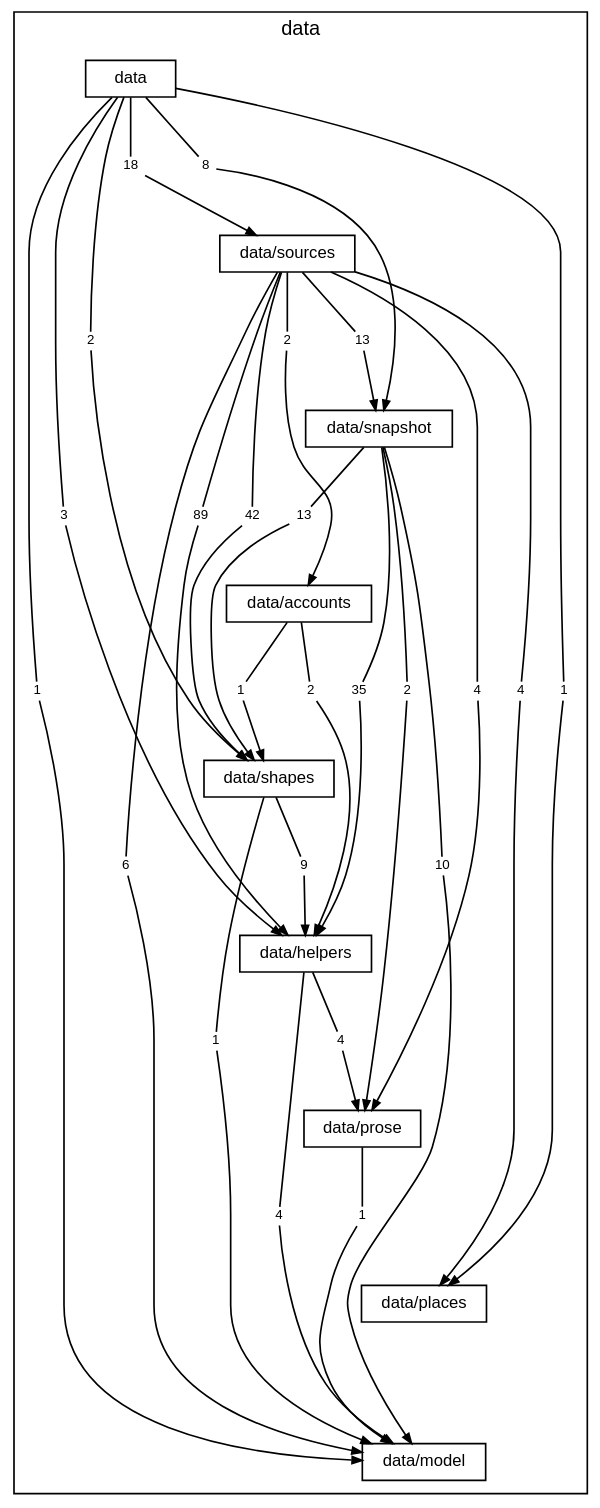
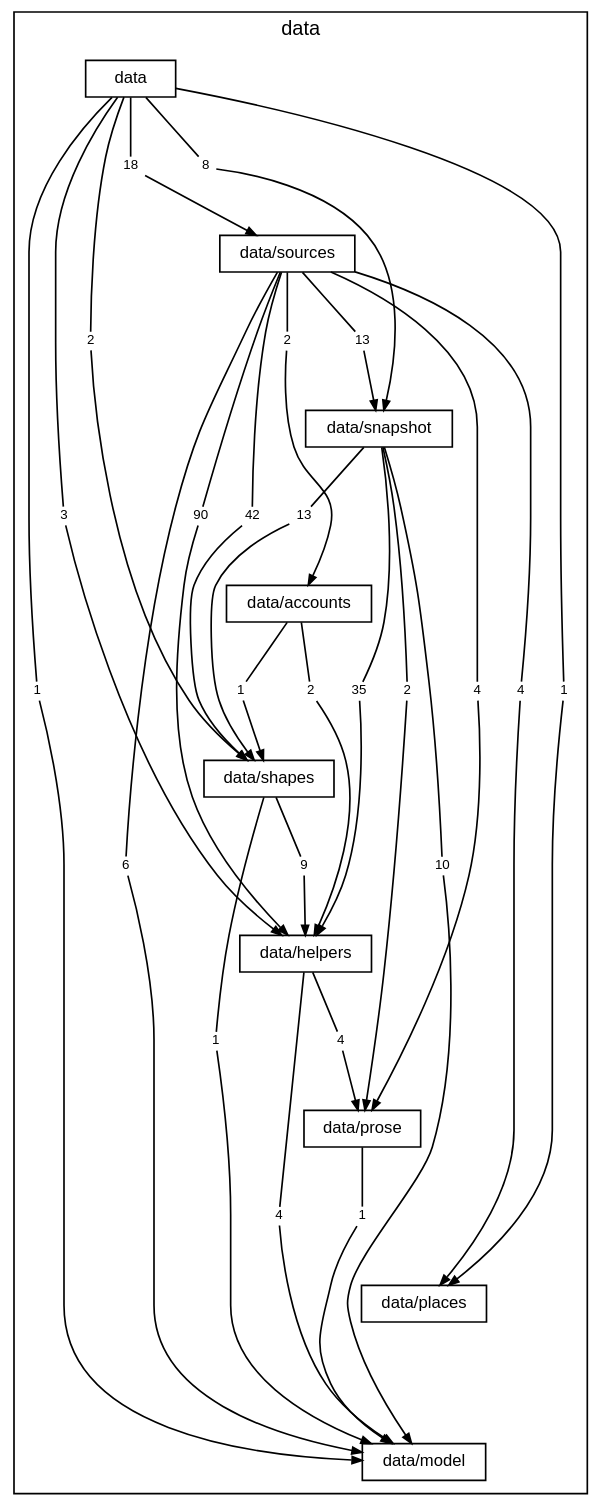
Before and after one commit to TheAxeC/oculus: the diagram in docs/diagrams/layer-data.dot, drawn with Graphviz. The commit also changed 87 other files, not shown here.

```diff
--- a/docs/diagrams/layer-data.dot
+++ b/docs/diagrams/layer-data.dot
@@ -1,97 +1,97 @@
 digraph layer_data {
     graph [bgcolor="transparent", rankdir=TB, newrank=true, mclimit=4, fontname="Helvetica", fontsize=12, nodesep=0.2, ranksep=0.5];
     node [shape=box, color="black", fontcolor="black", fontname="Helvetica", fontsize=10, height=0.3, margin="0.12,0.04"];
     edge [color="black", fontcolor="black", fontname="Helvetica", fontsize=8, arrowsize=0.6];
     subgraph "cluster_data" {
         label="data"; style=solid;
         "folder data" [label="data"];
         "folder data/sources" [label="data/sources"];
         "folder data/snapshot" [label="data/snapshot"];
         "folder data/accounts" [label="data/accounts"];
         "folder data/shapes" [label="data/shapes"];
         "folder data/helpers" [label="data/helpers"];
         "folder data/prose" [label="data/prose"];
         "folder data/places" [label="data/places"];
         "folder data/model" [label="data/model"];
         "folder data to folder data/helpers" [label="3", shape=box, color="transparent", fontsize=8, width=0, height=0, margin="0.04,0.02"];
         "folder data to folder data/model" [label="1", shape=box, color="transparent", fontsize=8, width=0, height=0, margin="0.04,0.02"];
         "folder data to folder data/places" [label="1", shape=box, color="transparent", fontsize=8, width=0, height=0, margin="0.04,0.02"];
         "folder data to folder data/shapes" [label="2", shape=box, color="transparent", fontsize=8, width=0, height=0, margin="0.04,0.02"];
         "folder data to folder data/snapshot" [label="8", shape=box, color="transparent", fontsize=8, width=0, height=0, margin="0.04,0.02"];
         "folder data to folder data/sources" [label="18", shape=box, color="transparent", fontsize=8, width=0, height=0, margin="0.04,0.02"];
         "folder data/sources to folder data/accounts" [label="2", shape=box, color="transparent", fontsize=8, width=0, height=0, margin="0.04,0.02"];
-        "folder data/sources to folder data/helpers" [label="89", shape=box, color="transparent", fontsize=8, width=0, height=0, margin="0.04,0.02"];
+        "folder data/sources to folder data/helpers" [label="90", shape=box, color="transparent", fontsize=8, width=0, height=0, margin="0.04,0.02"];
         "folder data/sources to folder data/model" [label="6", shape=box, color="transparent", fontsize=8, width=0, height=0, margin="0.04,0.02"];
         "folder data/sources to folder data/places" [label="4", shape=box, color="transparent", fontsize=8, width=0, height=0, margin="0.04,0.02"];
         "folder data/sources to folder data/prose" [label="4", shape=box, color="transparent", fontsize=8, width=0, height=0, margin="0.04,0.02"];
         "folder data/sources to folder data/shapes" [label="42", shape=box, color="transparent", fontsize=8, width=0, height=0, margin="0.04,0.02"];
         "folder data/sources to folder data/snapshot" [label="13", shape=box, color="transparent", fontsize=8, width=0, height=0, margin="0.04,0.02"];
         "folder data/snapshot to folder data/helpers" [label="35", shape=box, color="transparent", fontsize=8, width=0, height=0, margin="0.04,0.02"];
         "folder data/snapshot to folder data/model" [label="10", shape=box, color="transparent", fontsize=8, width=0, height=0, margin="0.04,0.02"];
         "folder data/snapshot to folder data/prose" [label="2", shape=box, color="transparent", fontsize=8, width=0, height=0, margin="0.04,0.02"];
         "folder data/snapshot to folder data/shapes" [label="13", shape=box, color="transparent", fontsize=8, width=0, height=0, margin="0.04,0.02"];
         "folder data/accounts to folder data/helpers" [label="2", shape=box, color="transparent", fontsize=8, width=0, height=0, margin="0.04,0.02"];
         "folder data/accounts to folder data/shapes" [label="1", shape=box, color="transparent", fontsize=8, width=0, height=0, margin="0.04,0.02"];
         "folder data/shapes to folder data/helpers" [label="9", shape=box, color="transparent", fontsize=8, width=0, height=0, margin="0.04,0.02"];
         "folder data/shapes to folder data/model" [label="1", shape=box, color="transparent", fontsize=8, width=0, height=0, margin="0.04,0.02"];
         "folder data/helpers to folder data/model" [label="4", shape=box, color="transparent", fontsize=8, width=0, height=0, margin="0.04,0.02"];
         "folder data/helpers to folder data/prose" [label="4", shape=box, color="transparent", fontsize=8, width=0, height=0, margin="0.04,0.02"];
         "folder data/prose to folder data/model" [label="1", shape=box, color="transparent", fontsize=8, width=0, height=0, margin="0.04,0.02"];
     }
     "folder data" -> "folder data/sources" [style=invis, weight=10, minlen=2];
     "folder data/sources" -> "folder data/snapshot" [style=invis, weight=10, minlen=2];
     "folder data/snapshot" -> "folder data/accounts" [style=invis, weight=10, minlen=2];
     "folder data/accounts" -> "folder data/shapes" [style=invis, weight=10, minlen=2];
     "folder data/shapes" -> "folder data/helpers" [style=invis, weight=10, minlen=2];
     "folder data/helpers" -> "folder data/prose" [style=invis, weight=10, minlen=2];
     "folder data/prose" -> "folder data/places" [style=invis, weight=10, minlen=2];
     "folder data/places" -> "folder data/model" [style=invis, weight=10, minlen=2];
     "folder data" -> "folder data to folder data/helpers" [arrowhead=none, minlen=5, weight=10];
     "folder data to folder data/helpers" -> "folder data/helpers" [];
     "folder data" -> "folder data to folder data/model" [arrowhead=none, minlen=7, weight=10];
     "folder data to folder data/model" -> "folder data/model" [];
     "folder data" -> "folder data to folder data/places" [arrowhead=none, minlen=7, weight=10];
     "folder data to folder data/places" -> "folder data/places" [];
     "folder data" -> "folder data to folder data/shapes" [arrowhead=none, minlen=3, weight=10];
     "folder data to folder data/shapes" -> "folder data/shapes" [];
     "folder data" -> "folder data to folder data/snapshot" [arrowhead=none, minlen=1, weight=10];
     "folder data to folder data/snapshot" -> "folder data/snapshot" [];
     "folder data" -> "folder data to folder data/sources" [arrowhead=none, minlen=1, weight=10];
     "folder data to folder data/sources" -> "folder data/sources" [];
     "folder data/sources" -> "folder data/sources to folder data/accounts" [arrowhead=none, minlen=1, weight=10];
     "folder data/sources to folder data/accounts" -> "folder data/accounts" [];
     "folder data/sources" -> "folder data/sources to folder data/helpers" [arrowhead=none, minlen=3, weight=10];
     "folder data/sources to folder data/helpers" -> "folder data/helpers" [];
     "folder data/sources" -> "folder data/sources to folder data/model" [arrowhead=none, minlen=7, weight=10];
     "folder data/sources to folder data/model" -> "folder data/model" [];
     "folder data/sources" -> "folder data/sources to folder data/places" [arrowhead=none, minlen=5, weight=10];
     "folder data/sources to folder data/places" -> "folder data/places" [];
     "folder data/sources" -> "folder data/sources to folder data/prose" [arrowhead=none, minlen=5, weight=10];
     "folder data/sources to folder data/prose" -> "folder data/prose" [];
     "folder data/sources" -> "folder data/sources to folder data/shapes" [arrowhead=none, minlen=3, weight=10];
     "folder data/sources to folder data/shapes" -> "folder data/shapes" [];
     "folder data/sources" -> "folder data/sources to folder data/snapshot" [arrowhead=none, minlen=1, weight=10];
     "folder data/sources to folder data/snapshot" -> "folder data/snapshot" [];
     "folder data/snapshot" -> "folder data/snapshot to folder data/helpers" [arrowhead=none, minlen=3, weight=10];
     "folder data/snapshot to folder data/helpers" -> "folder data/helpers" [];
     "folder data/snapshot" -> "folder data/snapshot to folder data/model" [arrowhead=none, minlen=5, weight=10];
     "folder data/snapshot to folder data/model" -> "folder data/model" [];
     "folder data/snapshot" -> "folder data/snapshot to folder data/prose" [arrowhead=none, minlen=3, weight=10];
     "folder data/snapshot to folder data/prose" -> "folder data/prose" [];
     "folder data/snapshot" -> "folder data/snapshot to folder data/shapes" [arrowhead=none, minlen=1, weight=10];
     "folder data/snapshot to folder data/shapes" -> "folder data/shapes" [];
     "folder data/accounts" -> "folder data/accounts to folder data/helpers" [arrowhead=none, minlen=1, weight=10];
     "folder data/accounts to folder data/helpers" -> "folder data/helpers" [];
     "folder data/accounts" -> "folder data/accounts to folder data/shapes" [arrowhead=none, minlen=1, weight=10];
     "folder data/accounts to folder data/shapes" -> "folder data/shapes" [];
     "folder data/shapes" -> "folder data/shapes to folder data/helpers" [arrowhead=none, minlen=1, weight=10];
     "folder data/shapes to folder data/helpers" -> "folder data/helpers" [];
     "folder data/shapes" -> "folder data/shapes to folder data/model" [arrowhead=none, minlen=3, weight=10];
     "folder data/shapes to folder data/model" -> "folder data/model" [];
     "folder data/helpers" -> "folder data/helpers to folder data/model" [arrowhead=none, minlen=3, weight=10];
     "folder data/helpers to folder data/model" -> "folder data/model" [];
     "folder data/helpers" -> "folder data/helpers to folder data/prose" [arrowhead=none, minlen=1, weight=10];
     "folder data/helpers to folder data/prose" -> "folder data/prose" [];
     "folder data/prose" -> "folder data/prose to folder data/model" [arrowhead=none, minlen=1, weight=10];
     "folder data/prose to folder data/model" -> "folder data/model" [];
 }
```
